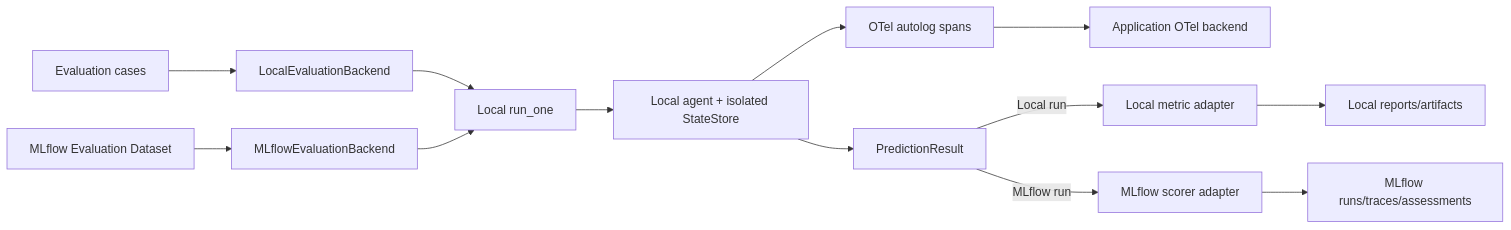
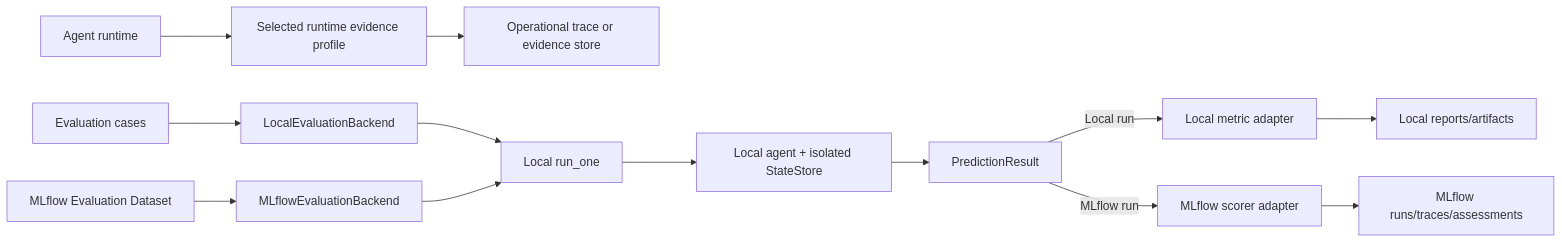
One commit to GMartin-dev/penguiflow changed the diagram in docs/proposals/mlflow-learning-control-plane/evaluation-backends.md. Above: the diagram before and after it, drawn with Mermaid. The commit also changed other lines of this file and 3 other files, not shown here.

````diff
--- a/docs/proposals/mlflow-learning-control-plane/evaluation-backends.md
+++ b/docs/proposals/mlflow-learning-control-plane/evaluation-backends.md
@@ -639,20 +641,20 @@
 ```mermaid
 graph LR
-    A[Agent runtime] --> O[OTel autolog spans]
-    O --> T[Application OTel backend]
+    A[Agent runtime] --> O[Selected runtime evidence profile]
+    O --> T[Operational trace or evidence store]
 
     C[Evaluation cases] --> L[LocalEvaluationBackend]
     D[MLflow Evaluation Dataset] --> M[MLflowEvaluationBackend]
 
     L --> P[Local run_one]
     M --> P
 
-    P --> A[Local agent + isolated StateStore]
-    A --> R[PredictionResult]
+    P --> X[Local agent + isolated StateStore]
+    X --> R[PredictionResult]
 
     R -->|Local run| LM[Local metric adapter]
     R -->|MLflow run| MS[MLflow scorer adapter]
 
     LM --> LR[Local reports/artifacts]
     MS --> MR[MLflow runs/traces/assessments]
 ```
````
